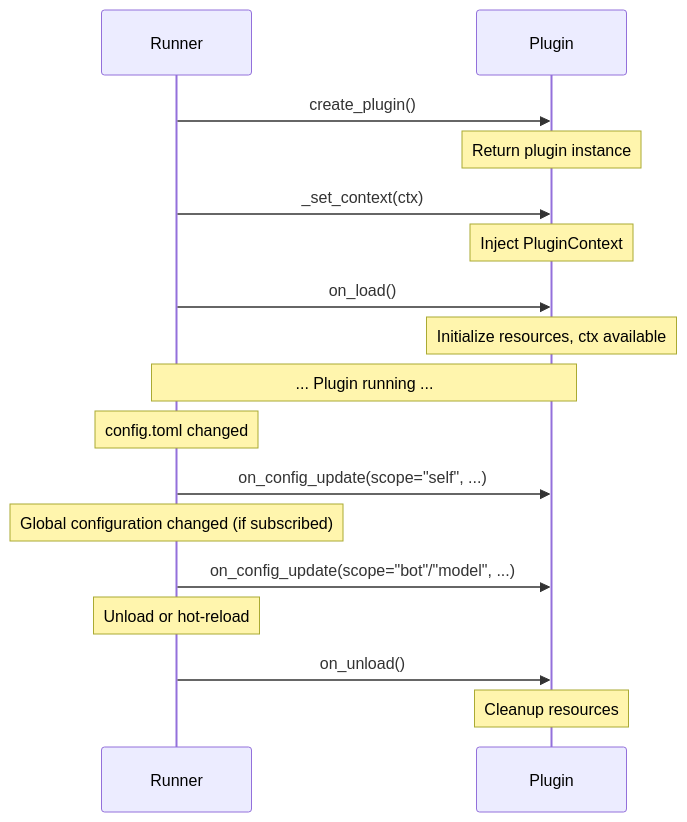
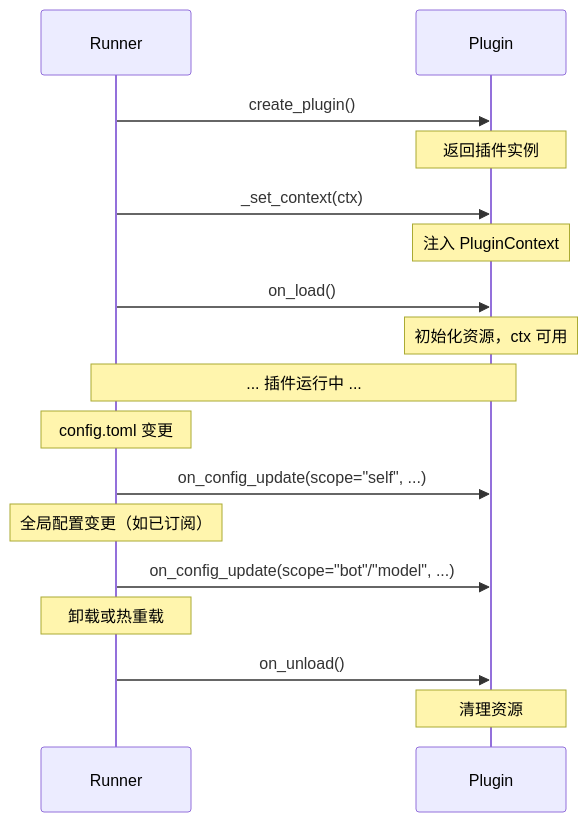
The diagram in en/develop/plugin-dev/lifecycle.md (DrSmoothl/docs), drawn with Mermaid before and after one commit. The commit also changed other lines of this file and 50 other files, not shown here.

````diff
--- a/en/develop/plugin-dev/lifecycle.md
+++ b/en/develop/plugin-dev/lifecycle.md
@@ -293,24 +291,24 @@
 ```mermaid
 sequenceDiagram
     participant Runner
     participant Plugin
 
     Runner->>Plugin: create_plugin()
-    Note over Plugin: Return plugin instance
+    Note over Plugin: 返回插件实例
     Runner->>Plugin: _set_context(ctx)
-    Note over Plugin: Inject PluginContext
+    Note over Plugin: 注入 PluginContext
     Runner->>Plugin: on_load()
-    Note over Plugin: Initialize resources, ctx available
+    Note over Plugin: 初始化资源，ctx 可用
 
-    Note over Runner,Plugin: ... Plugin running ...
+    Note over Runner,Plugin: ... 插件运行中 ...
 
-    Note over Runner: config.toml changed
+    Note over Runner: config.toml 变更
     Runner->>Plugin: on_config_update(scope="self", ...)
 
-    Note over Runner: Global configuration changed (if subscribed)
+    Note over Runner: 全局配置变更（如已订阅）
     Runner->>Plugin: on_config_update(scope="bot"/"model", ...)
 
-    Note over Runner: Unload or hot-reload
+    Note over Runner: 卸载或热重载
     Runner->>Plugin: on_unload()
-    Note over Plugin: Cleanup resources
+    Note over Plugin: 清理资源
 ```
````
